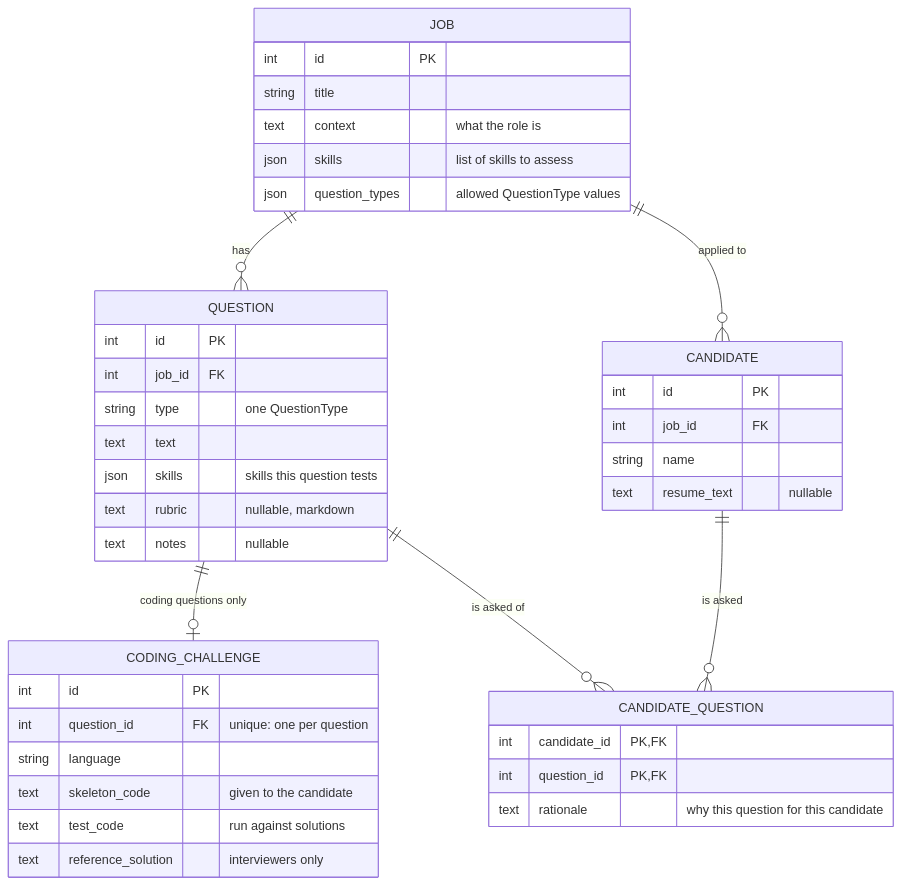
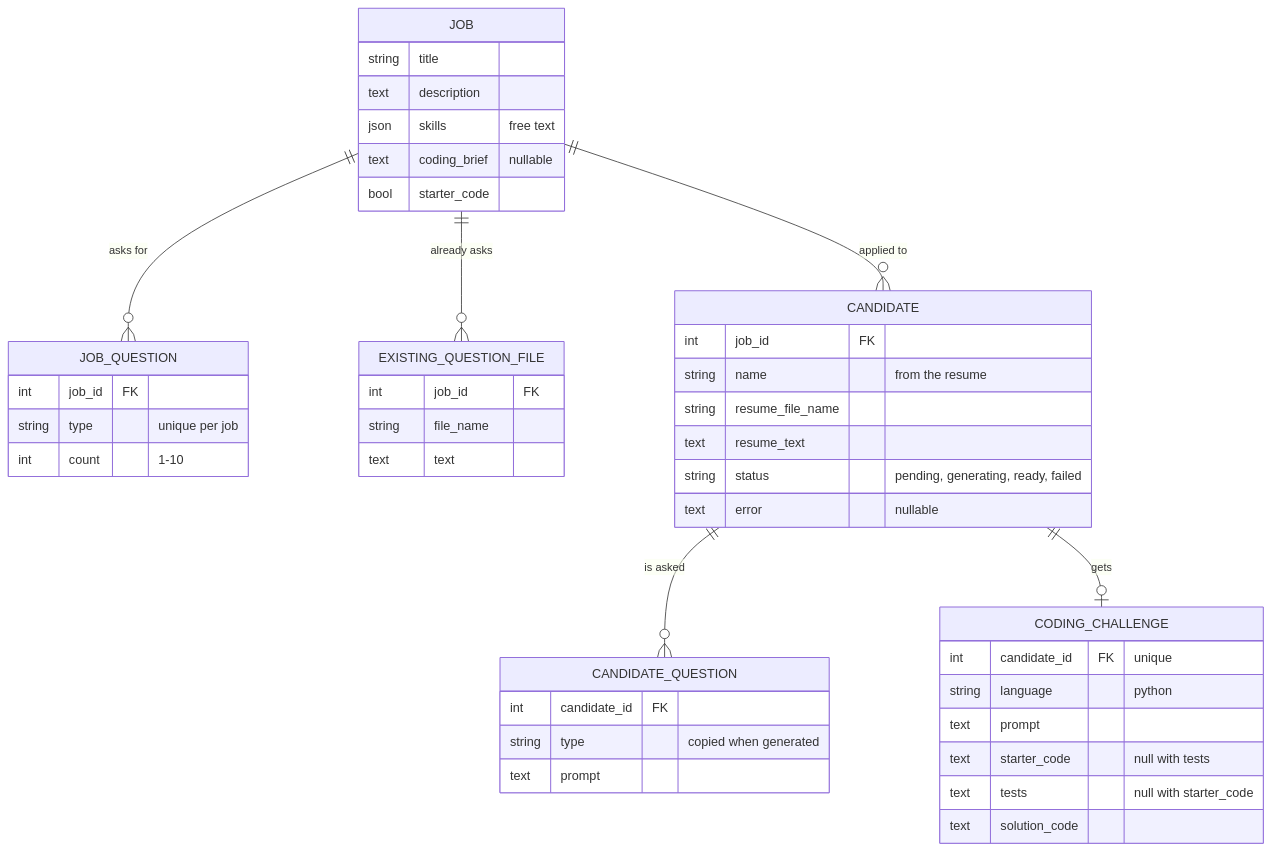
One commit to brownerfox/rotj_homecoming_hackathon changed the diagram in app/back_end/README.md. Above: the diagram before and after it, drawn with Mermaid. The commit also changed other lines of this file and 24 other files, not shown here.

````diff
--- a/app/back_end/README.md
+++ b/app/back_end/README.md
@@ -26,44 +78,47 @@
 ```mermaid
 erDiagram
-    JOB ||--o{ QUESTION : "has"
+    JOB ||--o{ JOB_QUESTION : "asks for"
+    JOB ||--o{ EXISTING_QUESTION_FILE : "already asks"
     JOB ||--o{ CANDIDATE : "applied to"
-    QUESTION ||--o| CODING_CHALLENGE : "coding questions only"
     CANDIDATE ||--o{ CANDIDATE_QUESTION : "is asked"
-    QUESTION ||--o{ CANDIDATE_QUESTION : "is asked of"
+    CANDIDATE ||--o| CODING_CHALLENGE : "gets"
 
     JOB {
-        int id PK
         string title
-        text context "what the role is"
-        json skills "list of skills to assess"
-        json question_types "allowed QuestionType values"
+        text description
+        json skills "free text"
+        text coding_brief "nullable"
+        bool starter_code
     }
-    QUESTION {
-        int id PK
+    JOB_QUESTION {
         int job_id FK
-        string type "one QuestionType"
+        string type "unique per job"
+        int count "1-10"
+    }
+    EXISTING_QUESTION_FILE {
+        int job_id FK
+        string file_name
         text text
-        json skills "skills this question tests"
-        text rubric "nullable, markdown"
-        text notes "nullable"
+    }
+    CANDIDATE {
+        int job_id FK
+        string name "from the resume"
+        string resume_file_name
+        text resume_text
+        string status "pending, generating, ready, failed"
+        text error "nullable"
+    }
+    CANDIDATE_QUESTION {
+        int candidate_id FK
+        string type "copied when generated"
+        text prompt
     }
     CODING_CHALLENGE {
-        int id PK
-        int question_id FK "unique: one per question"
-        string language
-        text skeleton_code "given to the candidate"
-        text test_code "run against solutions"
-        text reference_solution "interviewers only"
-    }
-    CANDIDATE {
-        int id PK
-        int job_id FK
-        string name
-        text resume_text "nullable"
-    }
-    CANDIDATE_QUESTION {
-        int candidate_id PK, FK
-        int question_id PK, FK
-        text rationale "why this question for this candidate"
+        int candidate_id FK "unique"
+        string language "python"
+        text prompt
+        text starter_code "null with tests"
+        text tests "null with starter_code"
+        text solution_code
     }
 ```
````
